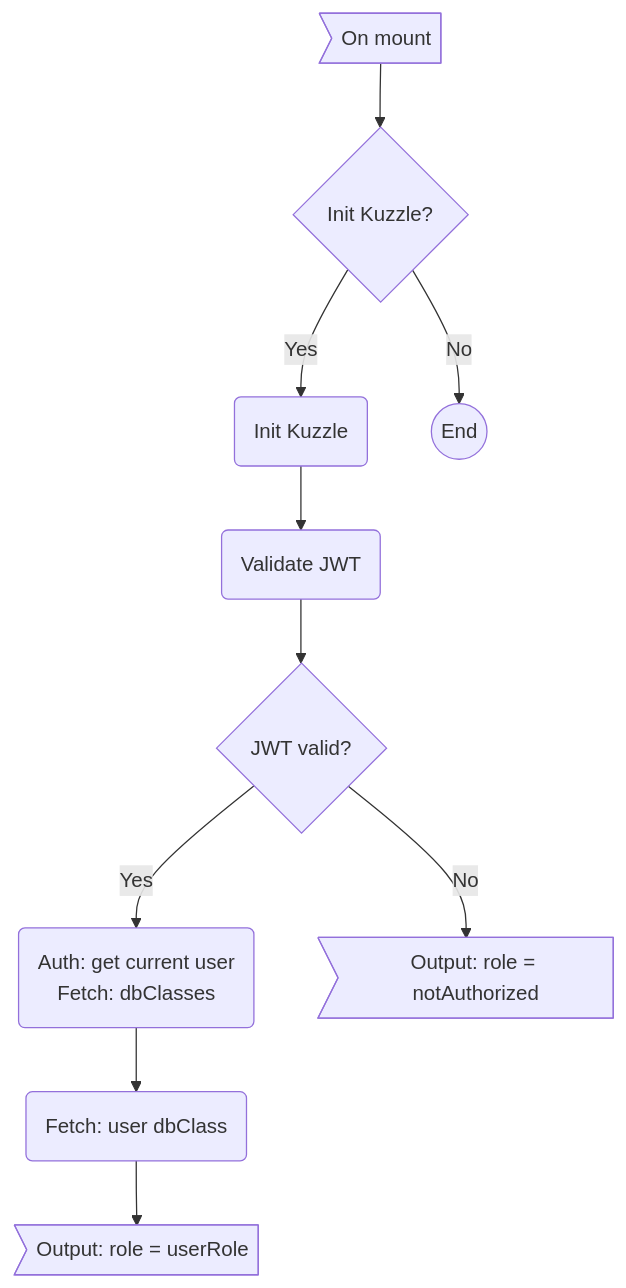
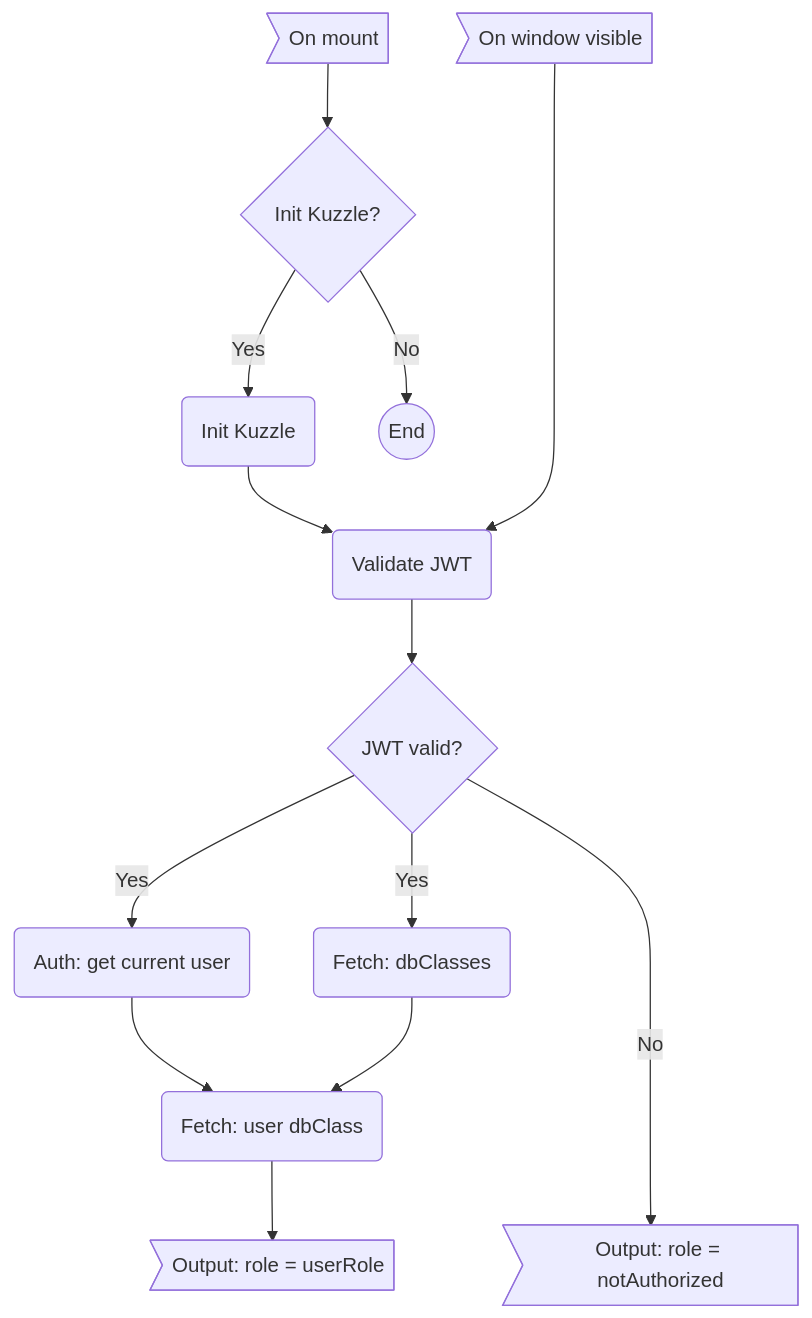
Before and after one commit to rolderdev/rolder-kit: the diagram in docs/app.md, drawn with Mermaid.

Commit message:
mermaid fix

````diff
--- a/docs/app.md
+++ b/docs/app.md
@@ -9,12 +9,12 @@
 ```mermaid
 flowchart TD
-    A>On mount] --> B{Init Kuzzle?}
-        B -->|Yes| B1(Init Kuzzle) -->
-            D(Validate JWT) --> E{JWT valid?}
-                E -->|Yes| E1("`Auth: get current user
-                Fetch: dbClasses`") --> E2
-                    E2(Fetch: user dbClass) --> E3
-                    E3>Output: role = userRole]
-                E -->|No| F>Output: role = notAuthorized]
-        B -->|No| B2((End))
+    A>On mount] --> A1{Init Kuzzle?}
+        A1 -->|Yes| AY1(Init Kuzzle) --> AY2(Validate JWT)
+            --> AY3{JWT valid?}
+                AY3 -->|Yes| AY3Y1(Auth: get current user) & AY3Y2(Fetch: dbClasses) --> AY3Y3
+                    AY3Y3(Fetch: user dbClass) --> EY4>Output: role = userRole]
+                AY3 ---->|No| AY3N1>Output: role = notAuthorized]
+        A1 -->|No| AN1((End))
+    B>On window visible] ----> AY2
+    
 ```
````
